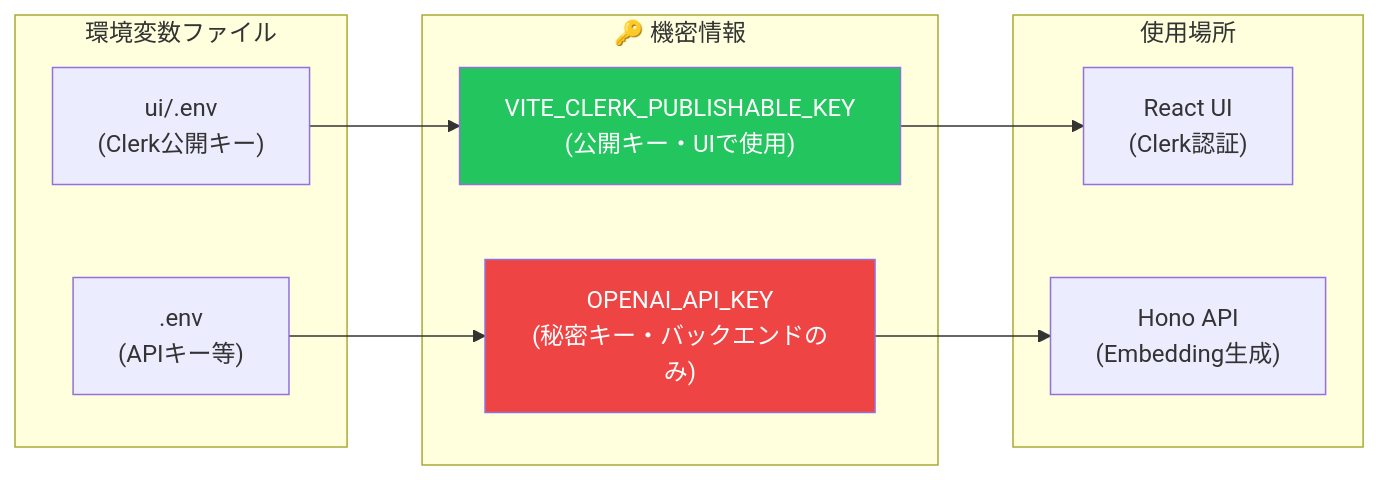
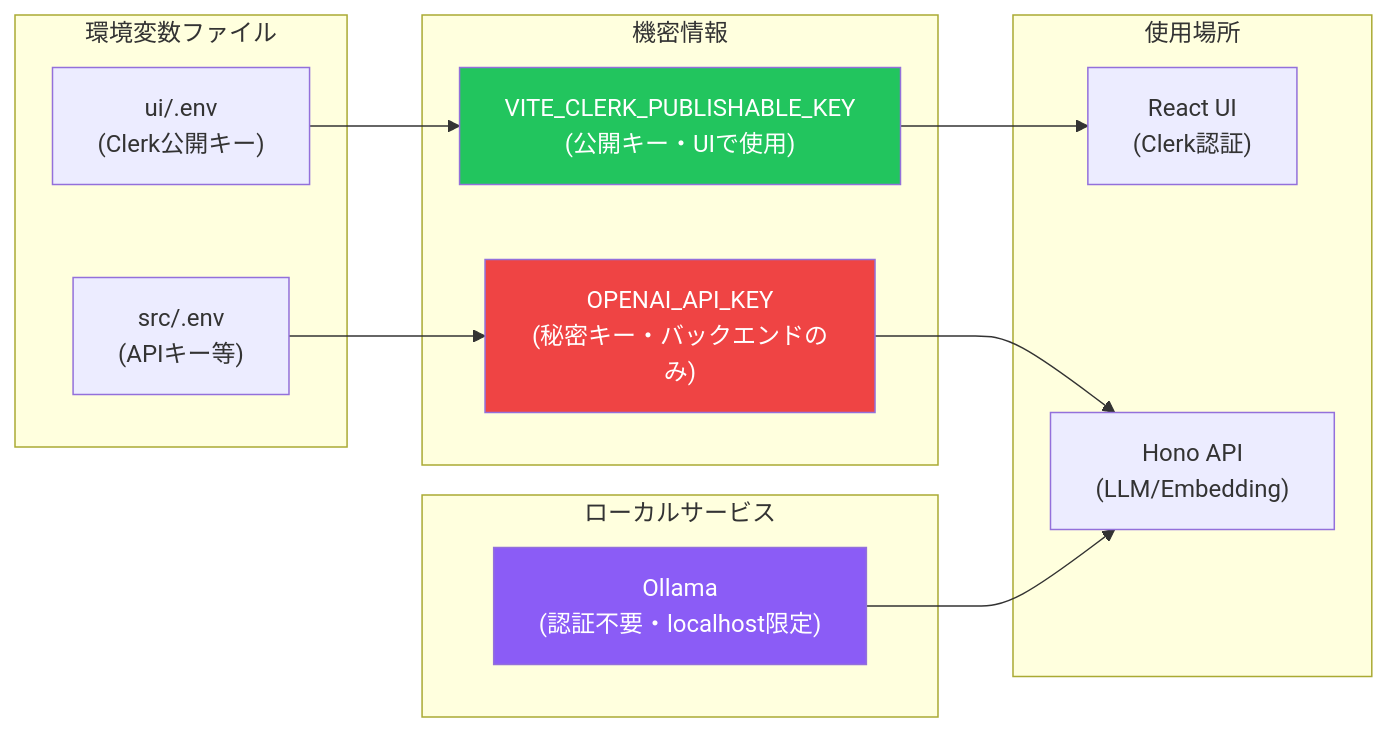
The third of 7 diagrams in docs/security-diagram.md (tamai-hideyuki/brain-cabinet), drawn with Mermaid before and after one commit. The commit also changed other lines of this file and 19 other files, not shown here.

````diff
--- a/docs/security-diagram.md
+++ b/docs/security-diagram.md
@@ -115,25 +123,31 @@
 ```mermaid
 flowchart LR
     subgraph EnvFiles["環境変数ファイル"]
+        SrcEnv["src/.env\n(APIキー等)"]
         UIEnv["ui/.env\n(Clerk公開キー)"]
-        RootEnv[".env\n(APIキー等)"]
     end
 
-    subgraph Secrets["🔑 機密情報"]
+    subgraph Secrets["機密情報"]
         ClerkKey["VITE_CLERK_PUBLISHABLE_KEY\n(公開キー・UIで使用)"]
         OpenAIKey["OPENAI_API_KEY\n(秘密キー・バックエンドのみ)"]
     end
 
+    subgraph LocalServices["ローカルサービス"]
+        OllamaService["Ollama\n(認証不要・localhost限定)"]
+    end
+
     subgraph Usage["使用場所"]
         Frontend["React UI\n(Clerk認証)"]
-        Backend["Hono API\n(Embedding生成)"]
+        Backend["Hono API\n(LLM/Embedding)"]
     end
 
     UIEnv --> ClerkKey
-    RootEnv --> OpenAIKey
+    SrcEnv --> OpenAIKey
     ClerkKey --> Frontend
     OpenAIKey --> Backend
+    OllamaService --> Backend
 
     style ClerkKey fill:#22c55e,color:#fff
     style OpenAIKey fill:#ef4444,color:#fff
+    style OllamaService fill:#8b5cf6,color:#fff
 ```
````
